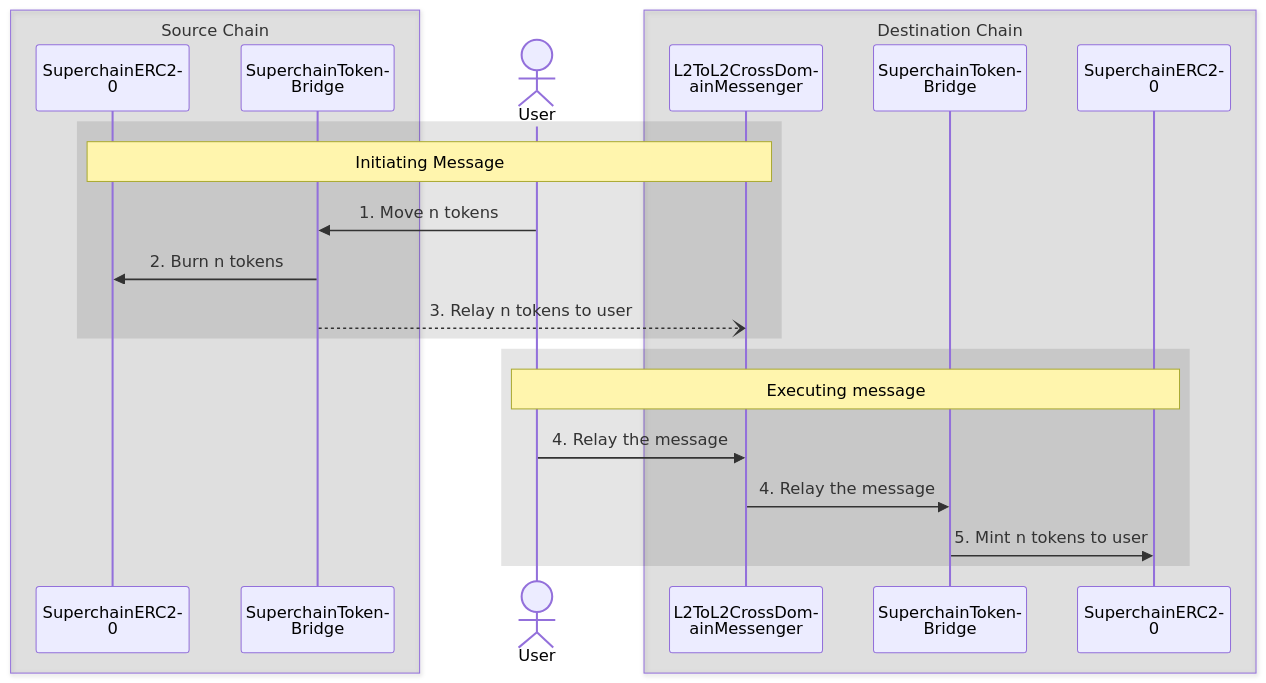
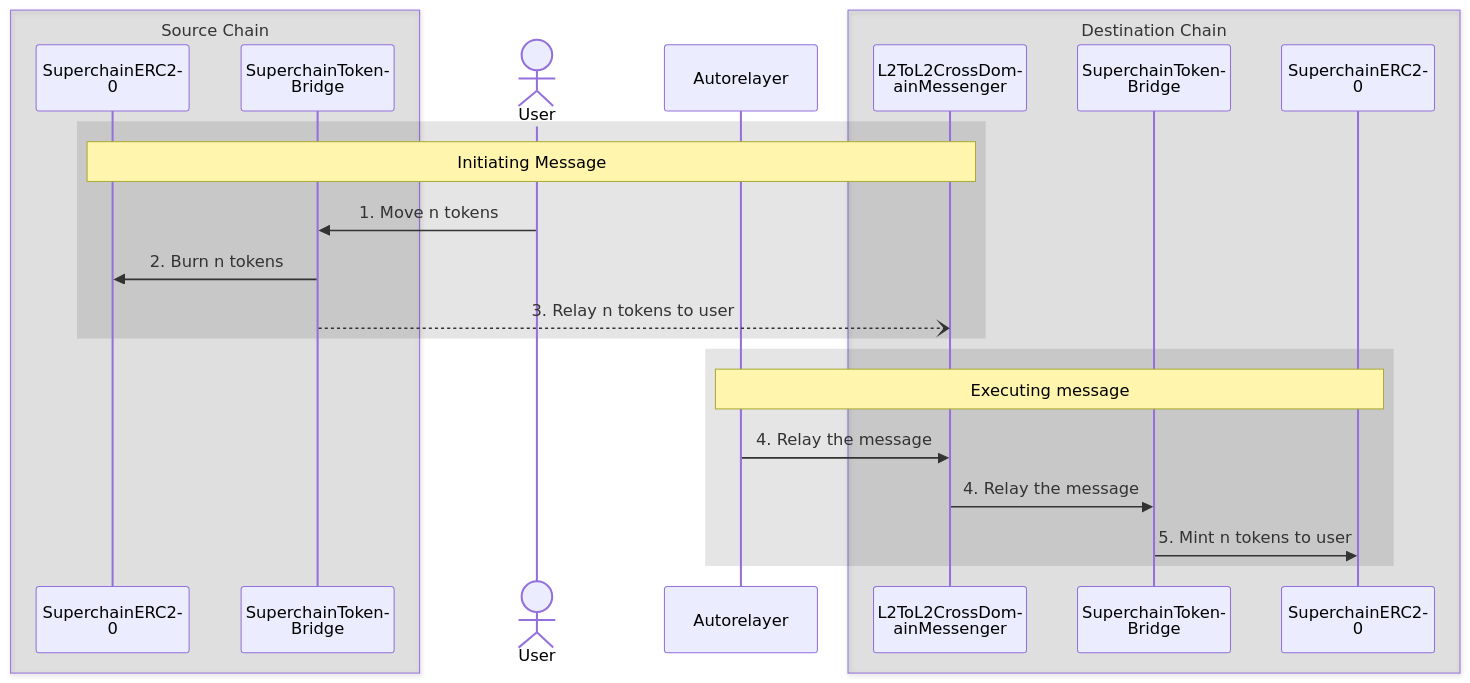
One commit to ethereum-optimism/docs changed the diagram in pages/stack/interop/superchain-erc20.mdx. Above: the diagram before and after it, drawn with Mermaid. The commit also changed other lines of this file, not shown here.

Commit message:
Update for autorelayer

````diff
--- a/pages/stack/interop/superchain-erc20.mdx
+++ b/pages/stack/interop/superchain-erc20.mdx
@@ -39,34 +39,35 @@
 ```mermaid
 
 %%{
   init: {
     "sequence": {
       "wrap": true
     }
   }
 }%%
 
 sequenceDiagram
   box rgba(0,0,0,0.1) Source Chain
     participant src-erc20 as SuperchainERC20
     participant src-bridge as SuperchainTokenBridge
   end
   actor user as User  
+  participant relay as Autorelayer
   box rgba(0,0,0,0.1) Destination Chain
     participant dst-l2Xl2 as L2ToL2CrossDomainMessenger
     participant dst-bridge as SuperchainTokenBridge    
     participant dst-erc20 as SuperchainERC20 
   end
   rect rgba(0,0,0,0.1)
     note over src-erc20, dst-l2Xl2: Initiating Message
     user->>src-bridge: 1. Move n tokens
     src-bridge->>src-erc20: 2. Burn n tokens
     src-bridge--)dst-l2Xl2: 3. Relay n tokens to user
   end
   rect rgba(0,0,0,0.1)
-    note over user,dst-erc20: Executing message
-    user->>dst-l2Xl2: 4. Relay the message
+    note over relay,dst-erc20: Executing message
+    relay->>dst-l2Xl2: 4. Relay the message
     dst-l2Xl2->>dst-bridge: 4. Relay the message
     dst-bridge->>dst-erc20: 5. Mint n tokens to user
   end
 ```
````
